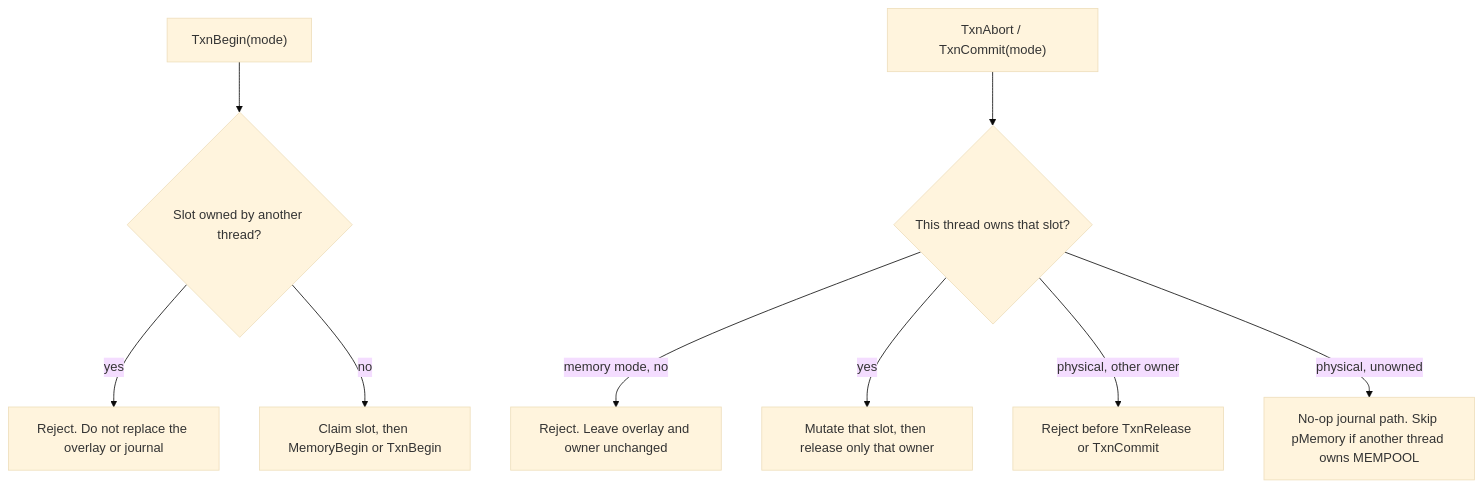
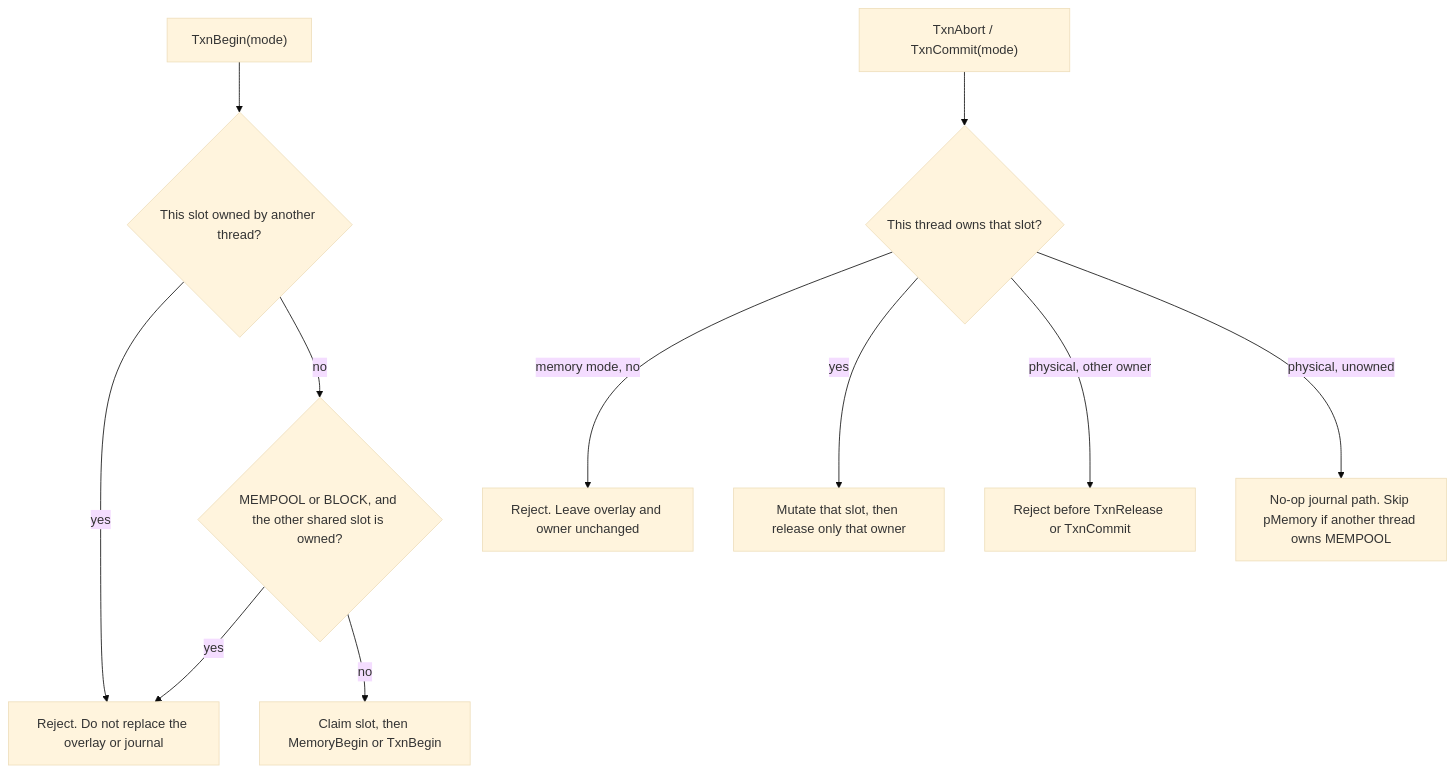
One commit to NamecoinGithub/LLL-TAO changed the diagram in docs/diagrams/architecture/lld-global-transactions.md. Above: the diagram before and after it, drawn with Mermaid (base theme). The commit also changed other lines of this file and 6 other files, not shown here.

Commit message:
Reject a second begin of the shared pMemory overlay

````diff
--- a/docs/diagrams/architecture/lld-global-transactions.md
+++ b/docs/diagrams/architecture/lld-global-transactions.md
@@ -5,12 +7,14 @@
 ```mermaid
 flowchart TD
-    A["TxnBegin(mode)"] --> B{"Slot owned by another thread?"}
+    A["TxnBegin(mode)"] --> B{"This slot owned by another thread?"}
     B -->|yes| C["Reject. Do not replace the overlay or journal"]
-    B -->|no| D["Claim slot, then MemoryBegin or TxnBegin"]
+    B -->|no| S{"MEMPOOL or BLOCK, and the other shared slot is owned?"}
+    S -->|yes| C
+    S -->|no| D["Claim slot, then MemoryBegin or TxnBegin"]
 
     E["TxnAbort / TxnCommit(mode)"] --> F{"This thread owns that slot?"}
     F -->|memory mode, no| G["Reject. Leave overlay and owner unchanged"]
     F -->|yes| H["Mutate that slot, then release only that owner"]
     F -->|physical, other owner| I["Reject before TxnRelease or TxnCommit"]
     F -->|physical, unowned| J["No-op journal path. Skip pMemory if another thread owns MEMPOOL"]
 ```
````
